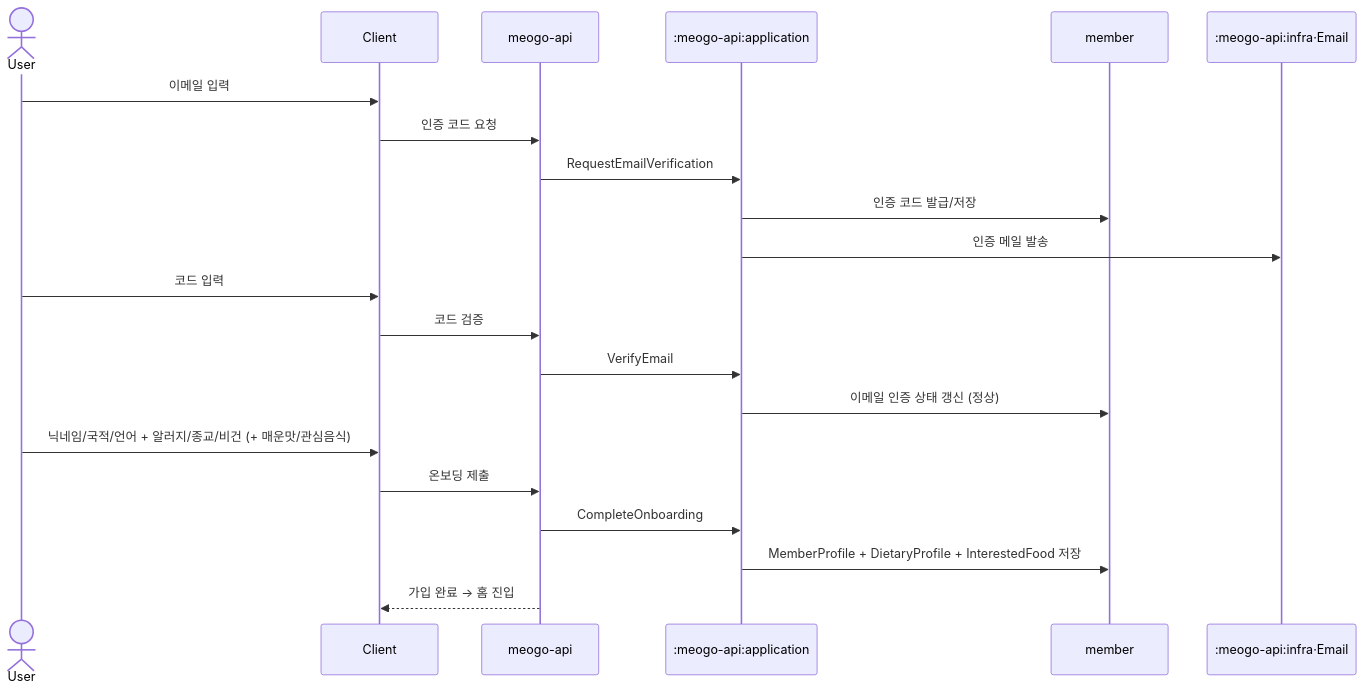
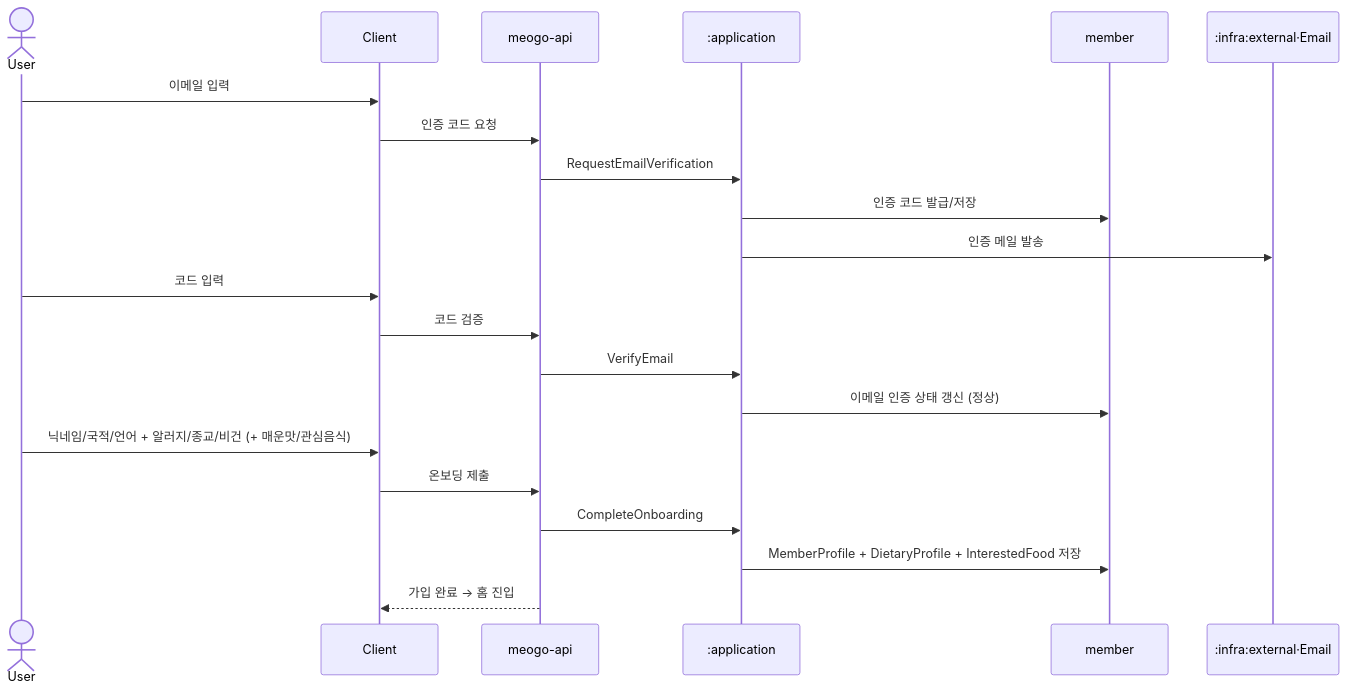
The fifth of 7 diagrams in docs/architecture/use-case-flows.md (team-skyjs/kbap-server), drawn with Mermaid before and after one commit. The commit also changed other lines of this file and 9 other files, not shown here.

````diff
--- a/docs/architecture/use-case-flows.md
+++ b/docs/architecture/use-case-flows.md
@@ -196,25 +196,25 @@
 ```mermaid
 sequenceDiagram
     actor User
     participant Client
     participant API as meogo-api
-    participant App as :meogo-api:application
+    participant App as :application
     participant Member as member
-    participant Email as :meogo-api:infra·Email
+    participant Email as :infra:external·Email
 
     User->>Client: 이메일 입력
     Client->>API: 인증 코드 요청
     API->>App: RequestEmailVerification
     App->>Member: 인증 코드 발급/저장
     App->>Email: 인증 메일 발송
     User->>Client: 코드 입력
     Client->>API: 코드 검증
     API->>App: VerifyEmail
     App->>Member: 이메일 인증 상태 갱신 (정상)
 
     User->>Client: 닉네임/국적/언어 + 알러지/종교/비건 (+ 매운맛/관심음식)
     Client->>API: 온보딩 제출
     API->>App: CompleteOnboarding
     App->>Member: MemberProfile + DietaryProfile + InterestedFood 저장
     API-->>Client: 가입 완료 → 홈 진입
 ```
````
